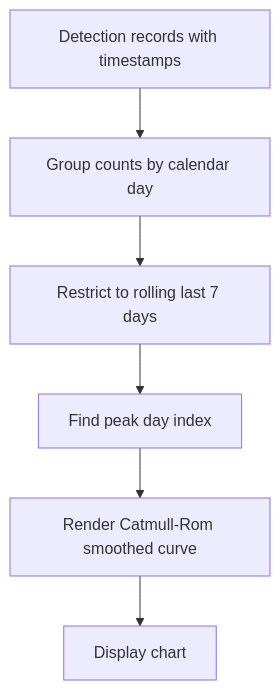
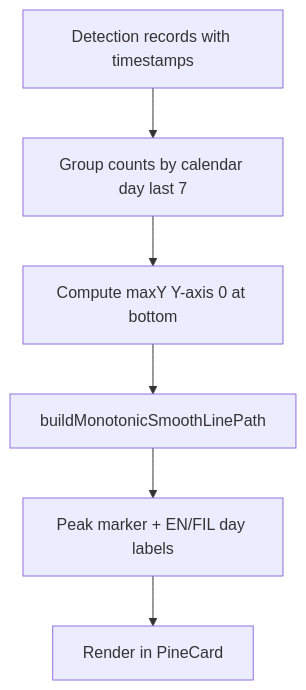
Before and after one commit to janrafael29/PINE: the second of 13 diagrams in docs/diagrams/PINYA_PIC_thesis_flowcharts.md, drawn with Mermaid. The commit also changed other lines of this file and 117 other files, not shown here.

````diff
--- a/docs/diagrams/PINYA_PIC_thesis_flowcharts.md
+++ b/docs/diagrams/PINYA_PIC_thesis_flowcharts.md
@@ -77,8 +76,8 @@
 ```mermaid
 flowchart TD
-  A[Detection records with timestamps] --> B[Group counts by calendar day]
-  B --> C[Restrict to rolling last 7 days]
-  C --> D[Find peak day index]
-  D --> E[Render Catmull-Rom smoothed curve]
-  E --> F[Display chart]
+  A[Detection records with timestamps] --> B[Group counts by calendar day last 7]
+  B --> C[Compute maxY Y-axis 0 at bottom]
+  C --> D[buildMonotonicSmoothLinePath]
+  D --> E[Peak marker + EN/FIL day labels]
+  E --> F[Render in PineCard]
 ```
````
